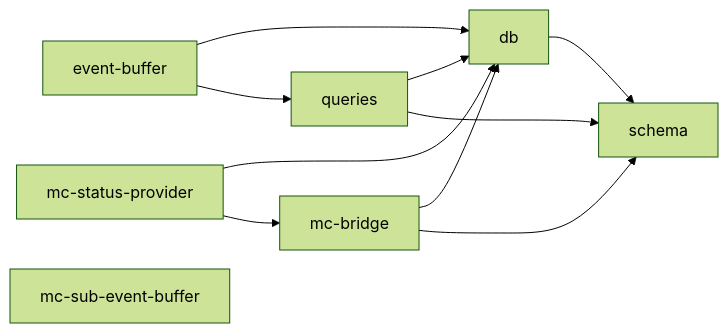
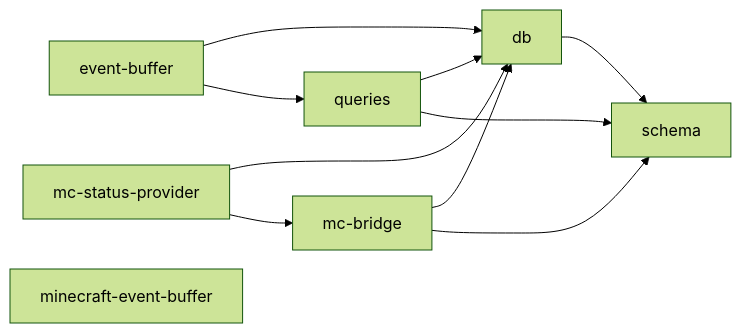
One commit to OJII3/vicissitude changed the diagram in src/store/DEPS.md. Above: the diagram before and after it, drawn with Mermaid (forest theme). The commit also changed other lines of this file and 41 other files, not shown here.

````diff
--- a/src/store/DEPS.md
+++ b/src/store/DEPS.md
@@ -7,14 +7,14 @@
 ```mermaid
 graph LR
   db --> schema
   event_buffer["event-buffer"] --> db
   event_buffer["event-buffer"] --> queries
   mc_bridge["mc-bridge"] --> db
   mc_bridge["mc-bridge"] --> schema
   mc_status_provider["mc-status-provider"] --> db
   mc_status_provider["mc-status-provider"] --> mc_bridge["mc-bridge"]
-  mc_sub_event_buffer["mc-sub-event-buffer"]
+  minecraft_event_buffer["minecraft-event-buffer"]
   queries --> db
   queries --> schema
   schema
 ```
````
